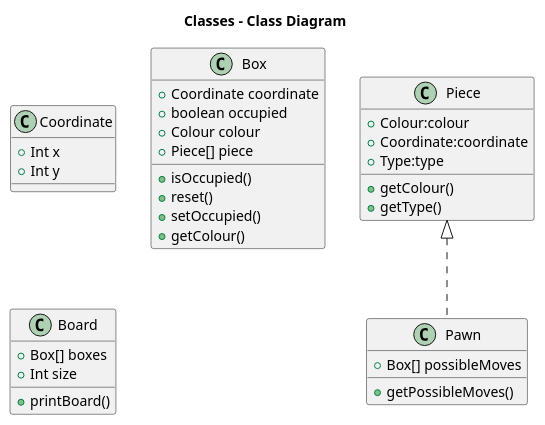
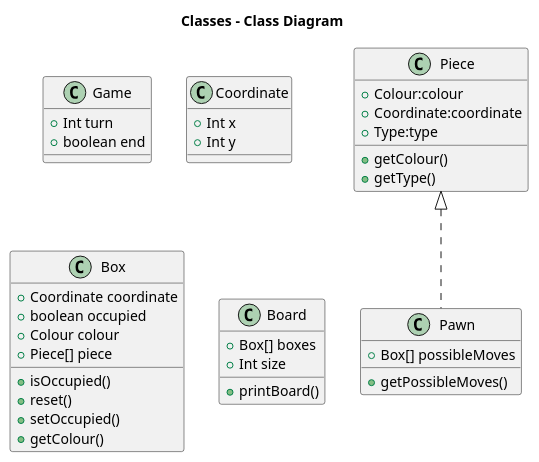
Before and after one commit to djaumandreuonda/AdaChess: the diagram in src/classes/classes.puml, drawn with PlantUML. The commit also changed 4 other files, not shown here.

```diff
--- a/src/classes/classes.puml
+++ b/src/classes/classes.puml
@@ -1,41 +1,45 @@
 @startuml classes
 
 title Classes - Class Diagram
 
+class Game{
+  +Int turn
+  +boolean end
+}
 
 class Coordinate {
   +Int x
   +Int y
 }
 
 class Box {
   +Coordinate coordinate
   +boolean occupied
   +Colour colour
   +Piece[] piece
   +isOccupied()
   +reset()
   +setOccupied()
   +getColour()
 }
 
 class Board{
   +Box[] boxes
   +Int size
   +printBoard()
 }
 
 class Piece {
   +Colour:colour
   +Coordinate:coordinate
   +Type:type
   +getColour()
   +getType()
 }
 class Pawn implements Piece{
   +Box[] possibleMoves
   +getPossibleMoves()
 }
 
 
 @enduml
```
